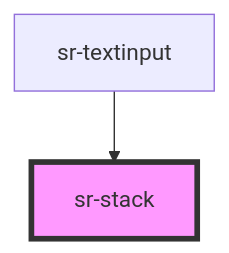
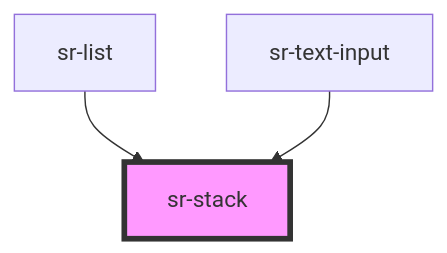
The diagram in src/components/layouts/sr-stack/readme.md (tonyblu331/spotify-replay-design-system), drawn with Mermaid before and after one commit. The commit also changed other lines of this file and 21 other files, not shown here.

````diff
--- a/src/components/layouts/sr-stack/readme.md
+++ b/src/components/layouts/sr-stack/readme.md
@@ -28,5 +29,6 @@
 ```mermaid
 graph TD;
-  sr-textinput --> sr-stack
+  sr-list --> sr-stack
+  sr-text-input --> sr-stack
   style sr-stack fill:#f9f,stroke:#333,stroke-width:4px
 ```
````
